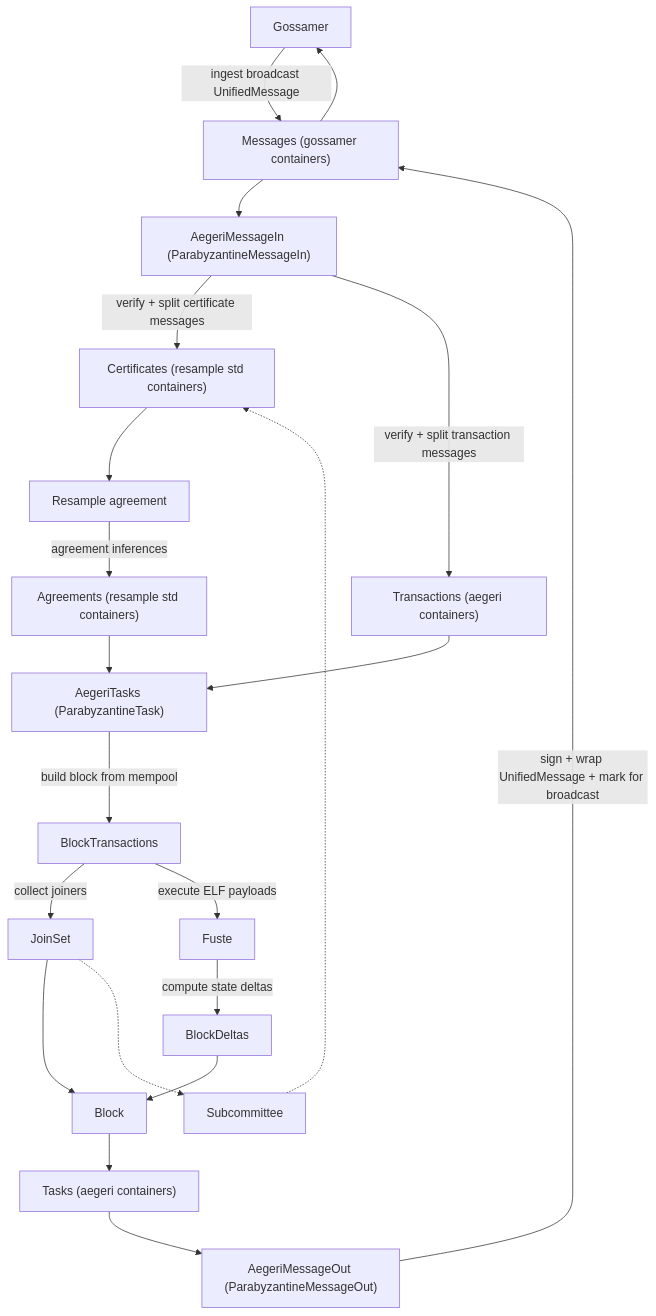
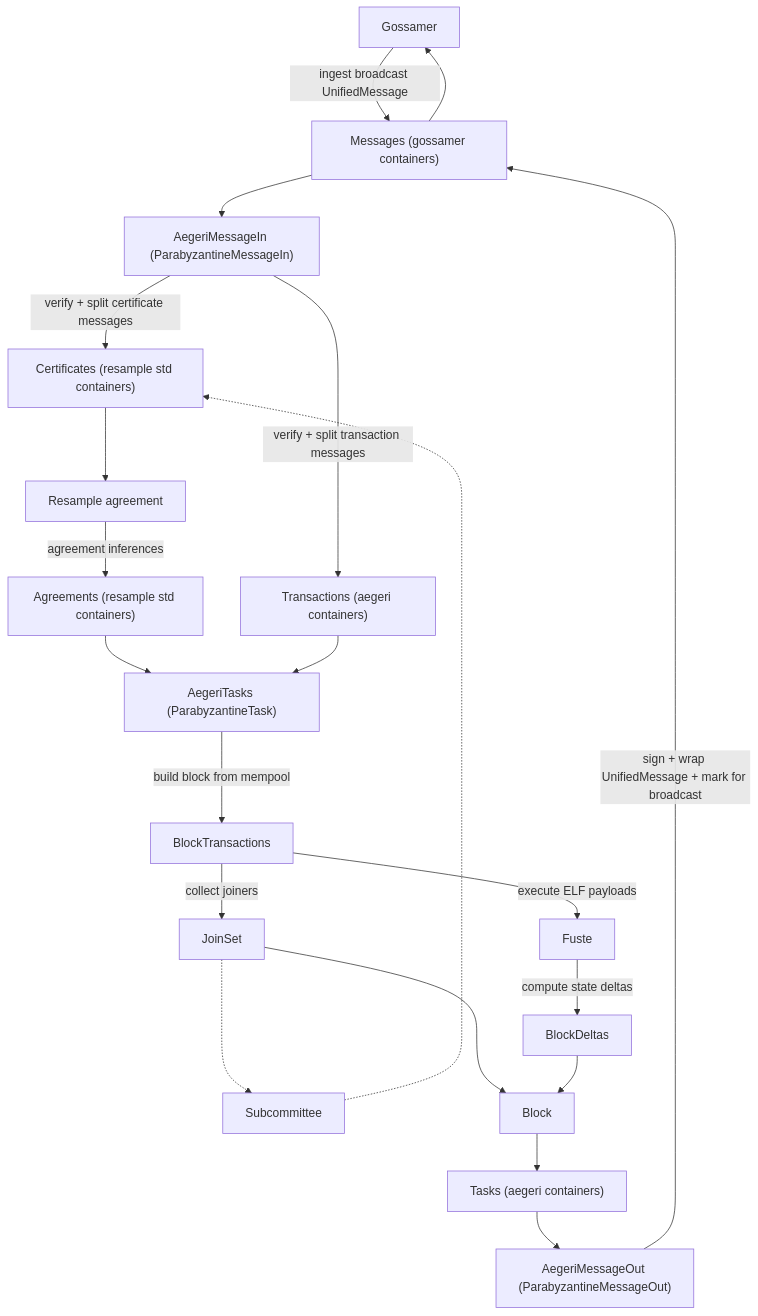
One commit to ramate-io/gwrdfa changed the diagram in aegeri/process/README.md. Above: the diagram before and after it, drawn with Mermaid.

Commit message:
chore: mermaid layout improvements.

````diff
--- a/aegeri/process/README.md
+++ b/aegeri/process/README.md
@@ -24,30 +24,29 @@
 ```mermaid
 flowchart TB
     Gossamer["Gossamer"] -- "ingest broadcast UnifiedMessage" --> Messages["Messages (gossamer containers)"]
     Messages --> AMI["AegeriMessageIn (ParabyzantineMessageIn)"]
 
     AMI -- "verify + split certificate messages" --> Certificates["Certificates (resample std containers)"]
     AMI -- "verify + split transaction messages" --> Transactions["Transactions (aegeri containers)"]
 
     Sub["Subcommittee"]-..->Certificates
     Certificates --> Resample["Resample agreement"]
     Resample -- "agreement inferences" --> Agreements["Agreements (resample std containers)"]
 
     Agreements --> AT["AegeriTasks (ParabyzantineTask)"]
     Transactions --> AT
 
     AT -- "build block from mempool" --> BlockTx["BlockTransactions"]
     BlockTx -- "collect joiners" --> JoinSet["JoinSet"]
+    JoinSet-..->Sub
     BlockTx -- "execute ELF payloads" --> Fuste["Fuste"]
     Fuste -- "compute state deltas" --> BlockDeltas["BlockDeltas"]
 
     JoinSet --> Block
     BlockDeltas --> Block["Block"]
 
     Block --> Tasks["Tasks (aegeri containers)"]
     Tasks --> AMO["AegeriMessageOut (ParabyzantineMessageOut)"]
     AMO -- "sign + wrap UnifiedMessage + mark for broadcast" --> Messages
     Messages --> Gossamer
-
-    JoinSet-..->Sub
 ```
````
